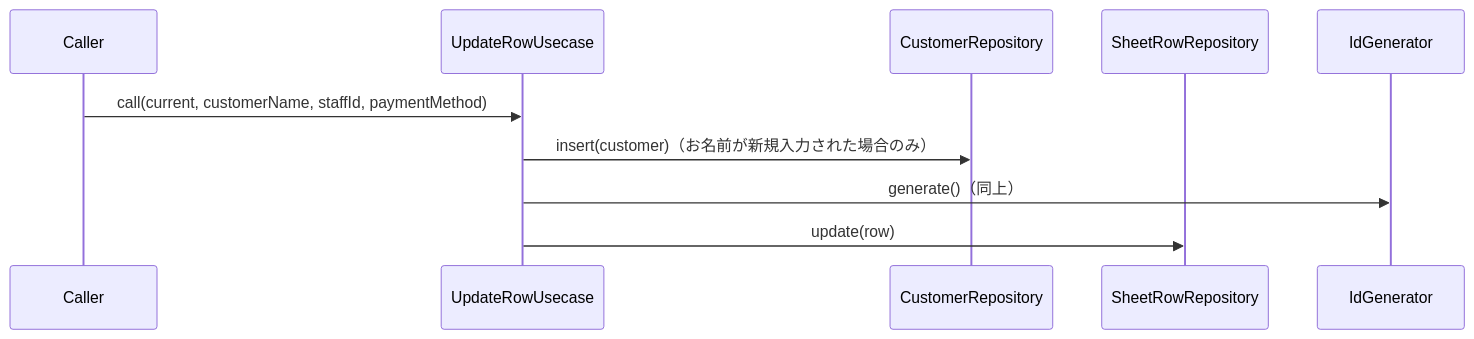
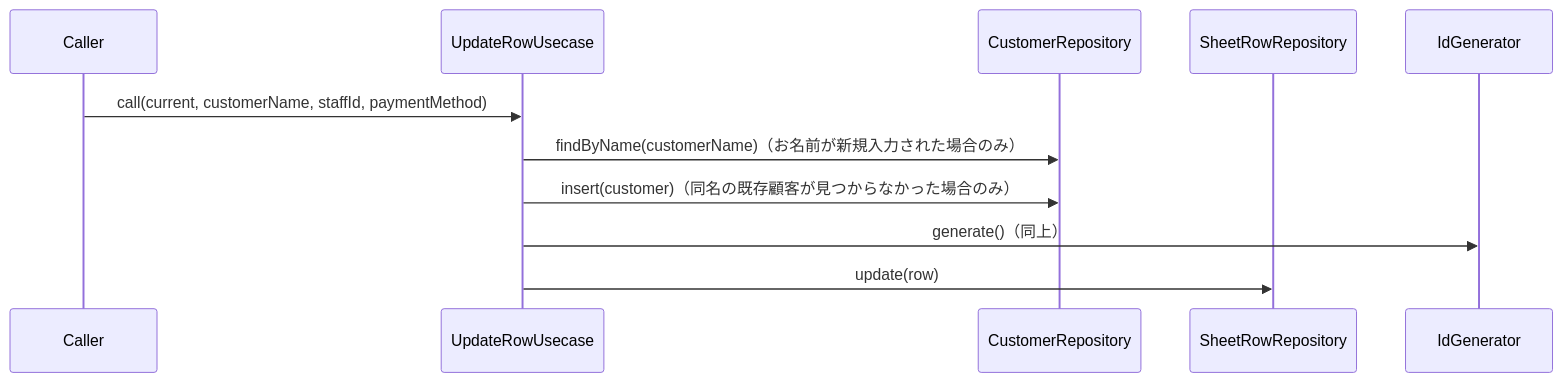
Before and after one commit to MinamiyamaKotaro/m3_pad: the diagram in docs/design/lib/src/features/voucher/domain/usecases/update_row_usecase.md, drawn with Mermaid. The commit also changed other lines of this file and 24 other files, not shown here.

````diff
--- a/docs/design/lib/src/features/voucher/domain/usecases/update_row_usecase.md
+++ b/docs/design/lib/src/features/voucher/domain/usecases/update_row_usecase.md
@@ -13,13 +14,14 @@
 ```mermaid
 sequenceDiagram
     participant C as Caller
     participant U as UpdateRowUsecase
     participant CR as CustomerRepository
     participant SRR as SheetRowRepository
     participant G as IdGenerator
 
     C->>U: call(current, customerName, staffId, paymentMethod)
-    U->>CR: insert(customer)（お名前が新規入力された場合のみ）
+    U->>CR: findByName(customerName)（お名前が新規入力された場合のみ）
+    U->>CR: insert(customer)（同名の既存顧客が見つからなかった場合のみ）
     U->>G: generate()（同上）
     U->>SRR: update(row)
 ```
````
